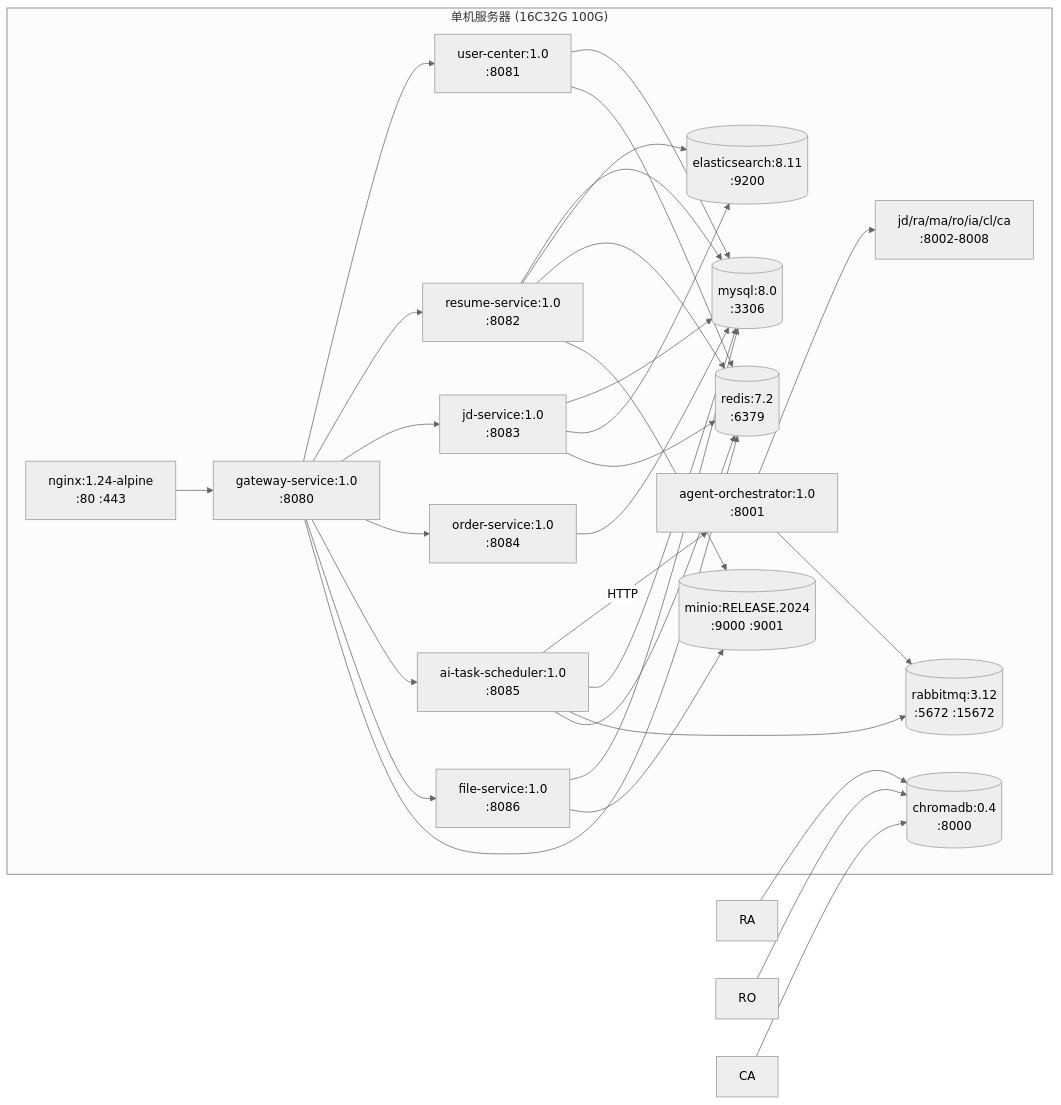
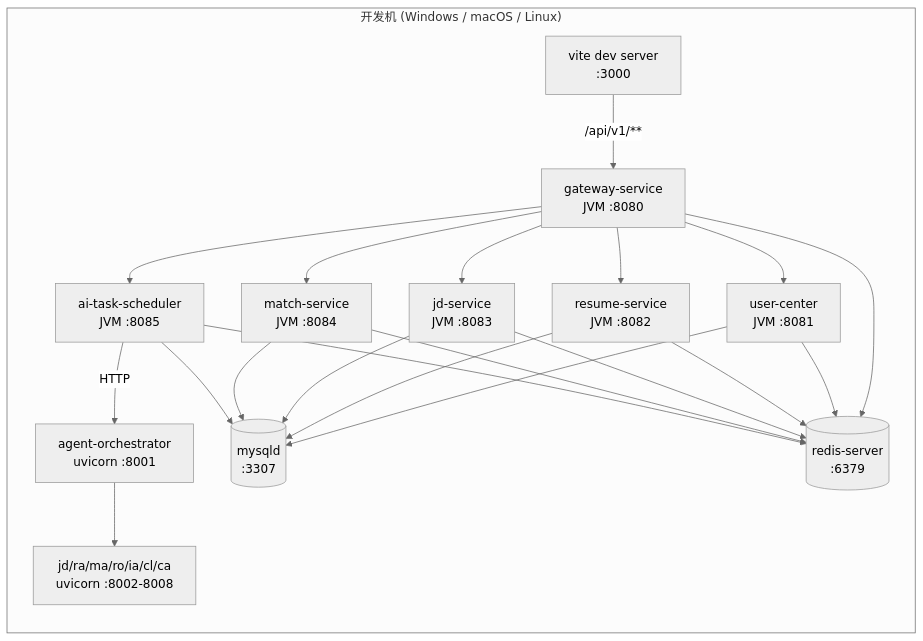
The second of 14 diagrams in architecture.md (CLOVER-FOUR-LEAF/CareerPilot), drawn with Mermaid (neutral theme) before and after one commit. The commit also changed other lines of this file and 45 other files, not shown here.

````diff
--- a/architecture.md
+++ b/architecture.md
@@ -234,51 +238,36 @@
 ```mermaid
 graph LR
-    subgraph HOST["单机服务器 (16C32G 100G)"]
-        NGINX_C["nginx:1.24-alpine<br/>:80 :443"]
-        GW_C["gateway-service:1.0<br/>:8080"]
-        UC_C["user-center:1.0<br/>:8081"]
-        RS_C["resume-service:1.0<br/>:8082"]
-        JS_C["jd-service:1.0<br/>:8083"]
-        OS_C["order-service:1.0<br/>:8084"]
-        AS_C["ai-task-scheduler:1.0<br/>:8085"]
-        FS_C["file-service:1.0<br/>:8086"]
-        AO_C["agent-orchestrator:1.0<br/>:8001"]
-        AGENTS_C["jd/ra/ma/ro/ia/cl/ca<br/>:8002-8008"]
-        MYSQL_C[("mysql:8.0<br/>:3306")]
-        ES_C[("elasticsearch:8.11<br/>:9200")]
-        REDIS_C[("redis:7.2<br/>:6379")]
-        CHROMA_C[("chromadb:0.4<br/>:8000")]
-        MINIO_C[("minio:RELEASE.2024<br/>:9000 :9001")]
-        MQ_C[("rabbitmq:3.12<br/>:5672 :15672")]
+    subgraph HOST["开发机 (Windows / macOS / Linux)"]
+        WEB["vite dev server<br/>:3000"]
+        GW_C["gateway-service<br/>JVM :8080"]
+        UC_C["user-center<br/>JVM :8081"]
+        RS_C["resume-service<br/>JVM :8082"]
+        JS_C["jd-service<br/>JVM :8083"]
+        MS_C["match-service<br/>JVM :8084"]
+        AS_C["ai-task-scheduler<br/>JVM :8085"]
+        AO_C["agent-orchestrator<br/>uvicorn :8001"]
+        AGENTS_C["jd/ra/ma/ro/ia/cl/ca<br/>uvicorn :8002-8008"]
+        MYSQL_C[("mysqld<br/>:3307")]
+        REDIS_C[("redis-server<br/>:6379")]
     end
 
-    NGINX_C --> GW_C
+    WEB -->|/api/v1/**| GW_C
     GW_C --> UC_C
     GW_C --> RS_C
     GW_C --> JS_C
-    GW_C --> OS_C
+    GW_C --> MS_C
     GW_C --> AS_C
-    GW_C --> FS_C
     AS_C -->|HTTP| AO_C
     AO_C --> AGENTS_C
     UC_C --> MYSQL_C
     RS_C --> MYSQL_C
     JS_C --> MYSQL_C
-    OS_C --> MYSQL_C
+    MS_C --> MYSQL_C
     AS_C --> MYSQL_C
-    FS_C --> MYSQL_C
-    AO_C --> MQ_C
-    AS_C --> MQ_C
-    RS_C --> ES_C
-    JS_C --> ES_C
     GW_C --> REDIS_C
     UC_C --> REDIS_C
     RS_C --> REDIS_C
     JS_C --> REDIS_C
+    MS_C --> REDIS_C
     AS_C --> REDIS_C
-    RA_C2[RA] --> CHROMA_C
-    RO_C2[RO] --> CHROMA_C
-    CA_C2[CA] --> CHROMA_C
-    FS_C --> MINIO_C
-    RS_C --> MINIO_C
 ```
````
